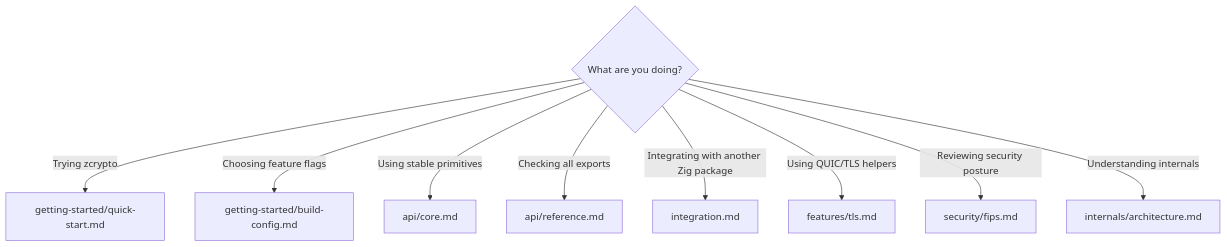
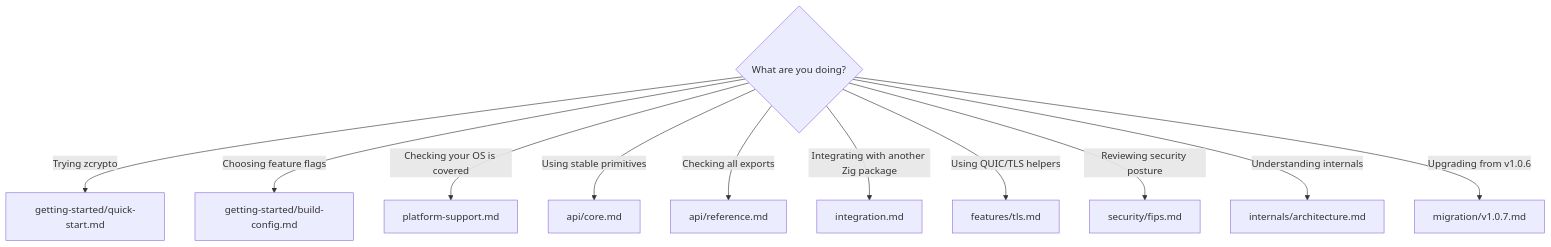
One commit to GhostKellz/zcrypto changed the fourth of 4 diagrams in docs/README.md. Above: the diagram before and after it, drawn with Mermaid. The commit also changed other lines of this file and 108 other files, not shown here.

````diff
--- a/docs/README.md
+++ b/docs/README.md
@@ -76,12 +80,14 @@
 ```mermaid
 flowchart TD
     task{"What are you doing?"}
     task -->|"Trying zcrypto"| quick["getting-started/quick-start.md"]
     task -->|"Choosing feature flags"| build["getting-started/build-config.md"]
+    task -->|"Checking your OS is covered"| platform["platform-support.md"]
     task -->|"Using stable primitives"| core["api/core.md"]
     task -->|"Checking all exports"| ref["api/reference.md"]
     task -->|"Integrating with another Zig package"| integ["integration.md"]
     task -->|"Using QUIC/TLS helpers"| tls["features/tls.md"]
     task -->|"Reviewing security posture"| fips["security/fips.md"]
     task -->|"Understanding internals"| arch["internals/architecture.md"]
+    task -->|"Upgrading from v1.0.6"| migrate["migration/v1.0.7.md"]
 ```
````
